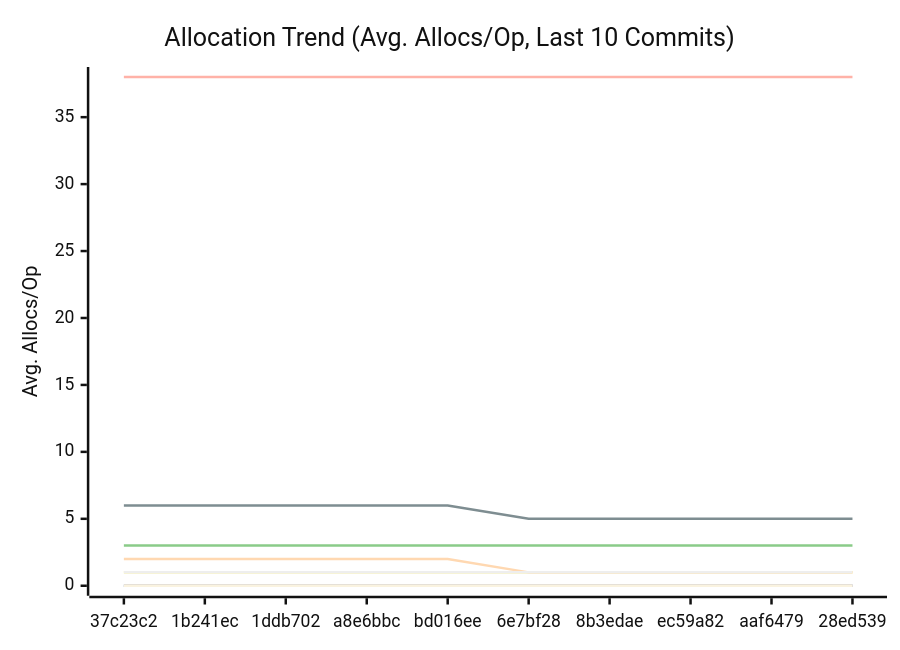
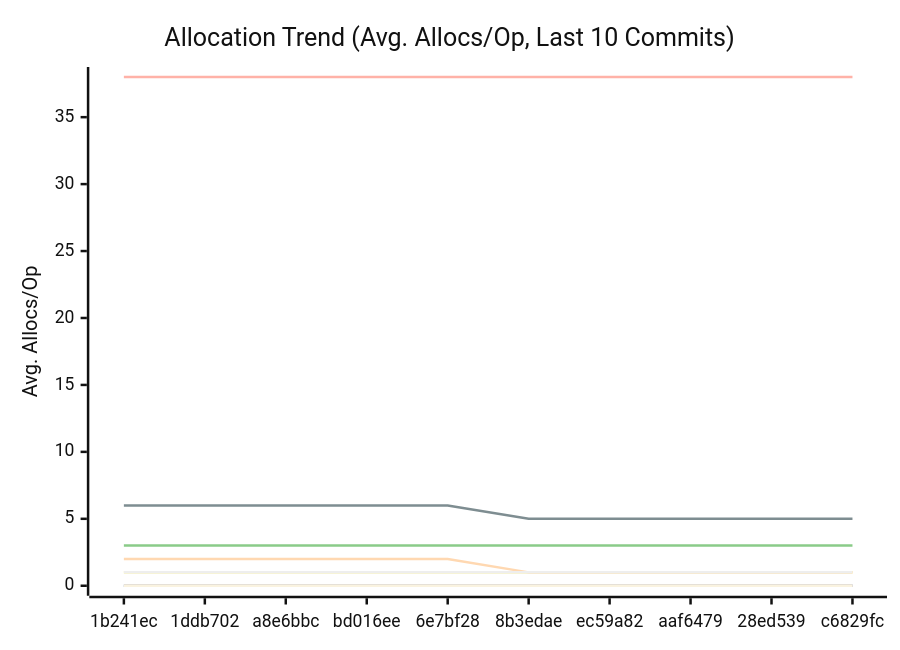
One commit to alsotoes/momo changed the third of 3 diagrams in docs/PERFORMANCE.md. Above: the diagram before and after it, drawn with Mermaid (neutral theme). The commit also changed other lines of this file and 11 other files, not shown here.

````diff
--- a/docs/PERFORMANCE.md
+++ b/docs/PERFORMANCE.md
@@ -176,18 +176,18 @@
 ```mermaid
 xychart-beta
     title "Allocation Trend (Avg. Allocs/Op, Last 10 Commits)"
     x-axis "Commit"
     y-axis "Avg. Allocs/Op"
-    x-axis [37c23c2,1b241ec,1ddb702,a8e6bbc,bd016ee,6e7bf28,8b3edae,ec59a82,aaf6479,28ed539]
+    x-axis [1b241ec,1ddb702,a8e6bbc,bd016ee,6e7bf28,8b3edae,ec59a82,aaf6479,28ed539,c6829fc]
     line "CheckMetricsAndSwap" [0,0,0,0,0,0,0,0,0,0]
     line "CrushOptimized" [0,0,0,0,0,0,0,0,0,0]
     line "CrushOriginal" [3,3,3,3,3,3,3,3,3,3]
     line "IndexDirectTracking" [0,0,0,0,0,0,0,0,0,0]
     line "IndexSearch" [0,0,0,0,0,0,0,0,0,0]
     line "LoadGlobalConfig" [38,38,38,38,38,38,38,38,38,38]
     line "PadString" [1,1,1,1,1,1,1,1,1,1]
     line "ParseReplicationOrder_NoPrealloc" [6,6,6,6,6,5,5,5,5,5]
     line "ParseReplicationOrder_Prealloc" [2,2,2,2,2,1,1,1,1,1]
     line "SanitizeLog/Safe" [0,0,0,0,0,0,0,0,0,0]
     line "SanitizeLog/Unsafe" [1,1,1,1,1,1,1,1,1,1]
 ```
````
